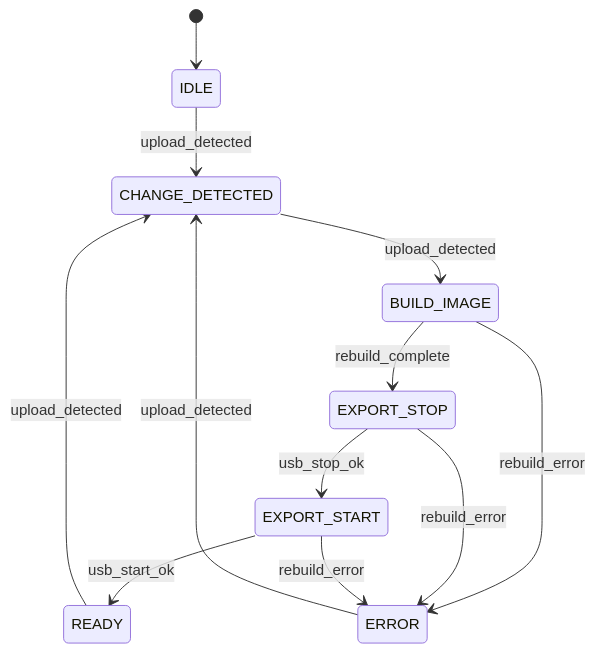
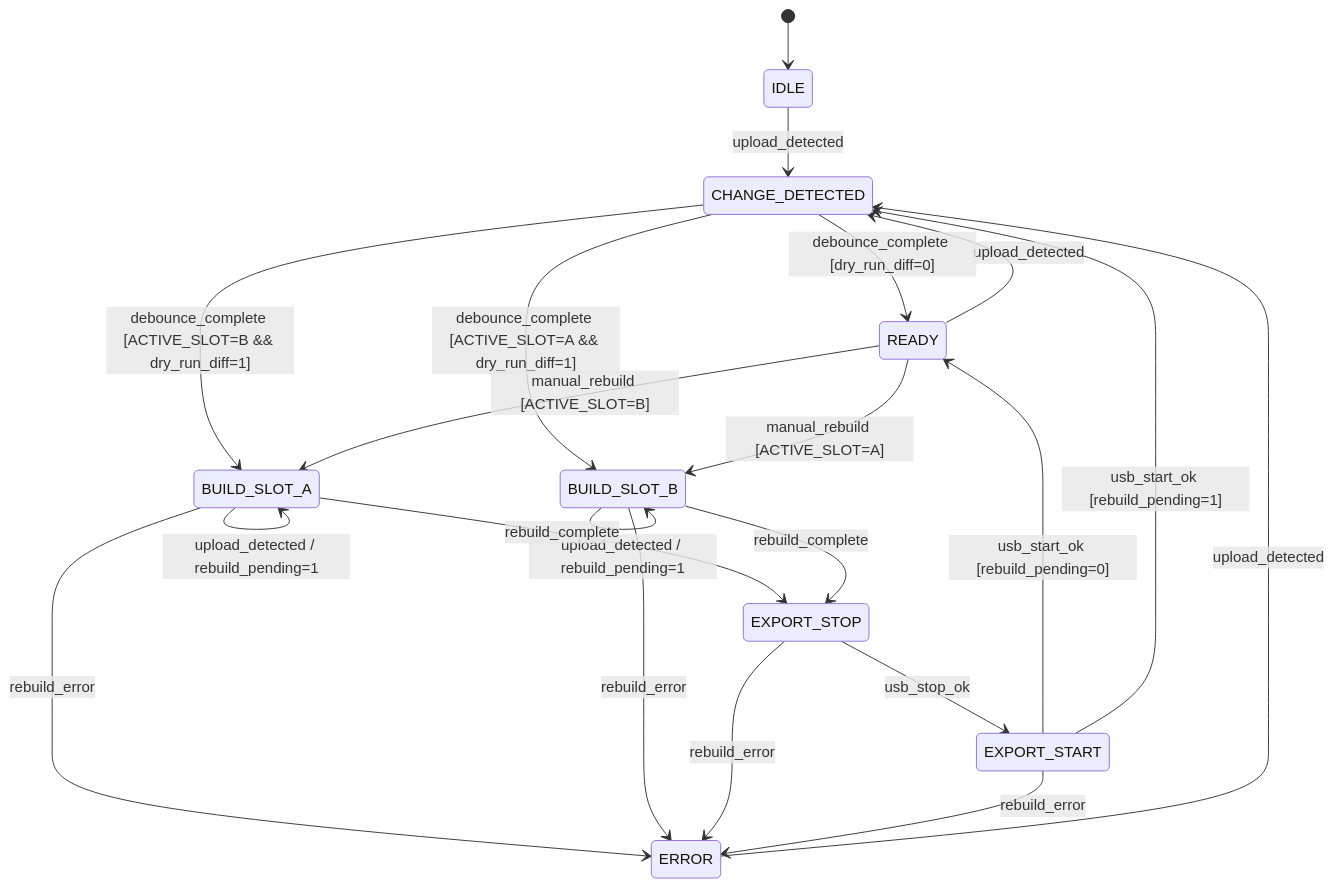
One commit to KrzysztofOle/cnc-control changed the diagram in docs/SHADOW_MODE.md. Above: the diagram before and after it, drawn with Mermaid. The commit also changed other lines of this file, not shown here.

````diff
--- a/docs/SHADOW_MODE.md
+++ b/docs/SHADOW_MODE.md
@@ -56,19 +416,31 @@
 ```mermaid
 stateDiagram-v2
     [*] --> IDLE
 
     IDLE --> CHANGE_DETECTED: upload_detected
     READY --> CHANGE_DETECTED: upload_detected
     ERROR --> CHANGE_DETECTED: upload_detected
 
-    CHANGE_DETECTED --> BUILD_IMAGE: upload_detected
+    CHANGE_DETECTED --> READY: debounce_complete [dry_run_diff=0]
+    CHANGE_DETECTED --> BUILD_SLOT_B: debounce_complete [ACTIVE_SLOT=A && dry_run_diff=1]
+    CHANGE_DETECTED --> BUILD_SLOT_A: debounce_complete [ACTIVE_SLOT=B && dry_run_diff=1]
 
-    BUILD_IMAGE --> EXPORT_STOP: rebuild_complete
-    BUILD_IMAGE --> ERROR: rebuild_error
+    READY --> BUILD_SLOT_B: manual_rebuild [ACTIVE_SLOT=A]
+    READY --> BUILD_SLOT_A: manual_rebuild [ACTIVE_SLOT=B]
+
+    BUILD_SLOT_A --> BUILD_SLOT_A: upload_detected / rebuild_pending=1
+    BUILD_SLOT_B --> BUILD_SLOT_B: upload_detected / rebuild_pending=1
+
+    BUILD_SLOT_A --> EXPORT_STOP: rebuild_complete
+    BUILD_SLOT_B --> EXPORT_STOP: rebuild_complete
+
+    BUILD_SLOT_A --> ERROR: rebuild_error
+    BUILD_SLOT_B --> ERROR: rebuild_error
 
     EXPORT_STOP --> EXPORT_START: usb_stop_ok
     EXPORT_STOP --> ERROR: rebuild_error
 
-    EXPORT_START --> READY: usb_start_ok
+    EXPORT_START --> READY: usb_start_ok [rebuild_pending=0]
+    EXPORT_START --> CHANGE_DETECTED: usb_start_ok [rebuild_pending=1]
     EXPORT_START --> ERROR: rebuild_error
 ```
````
